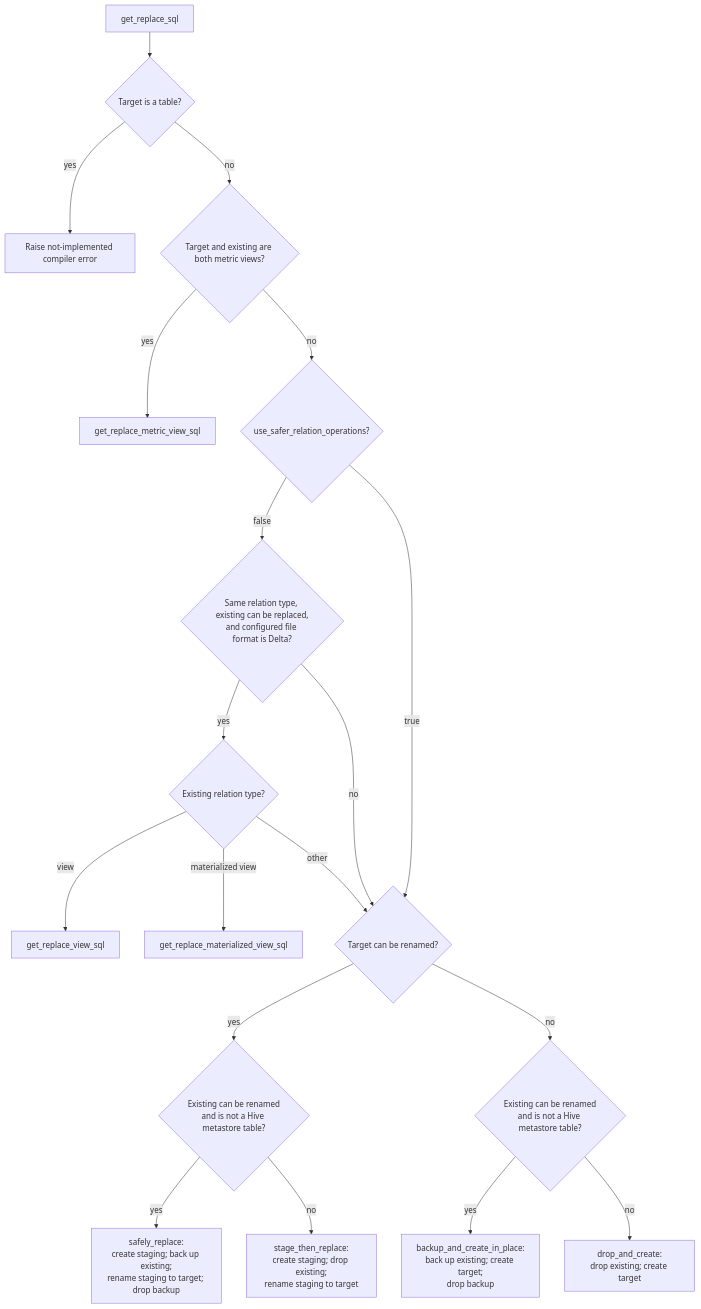
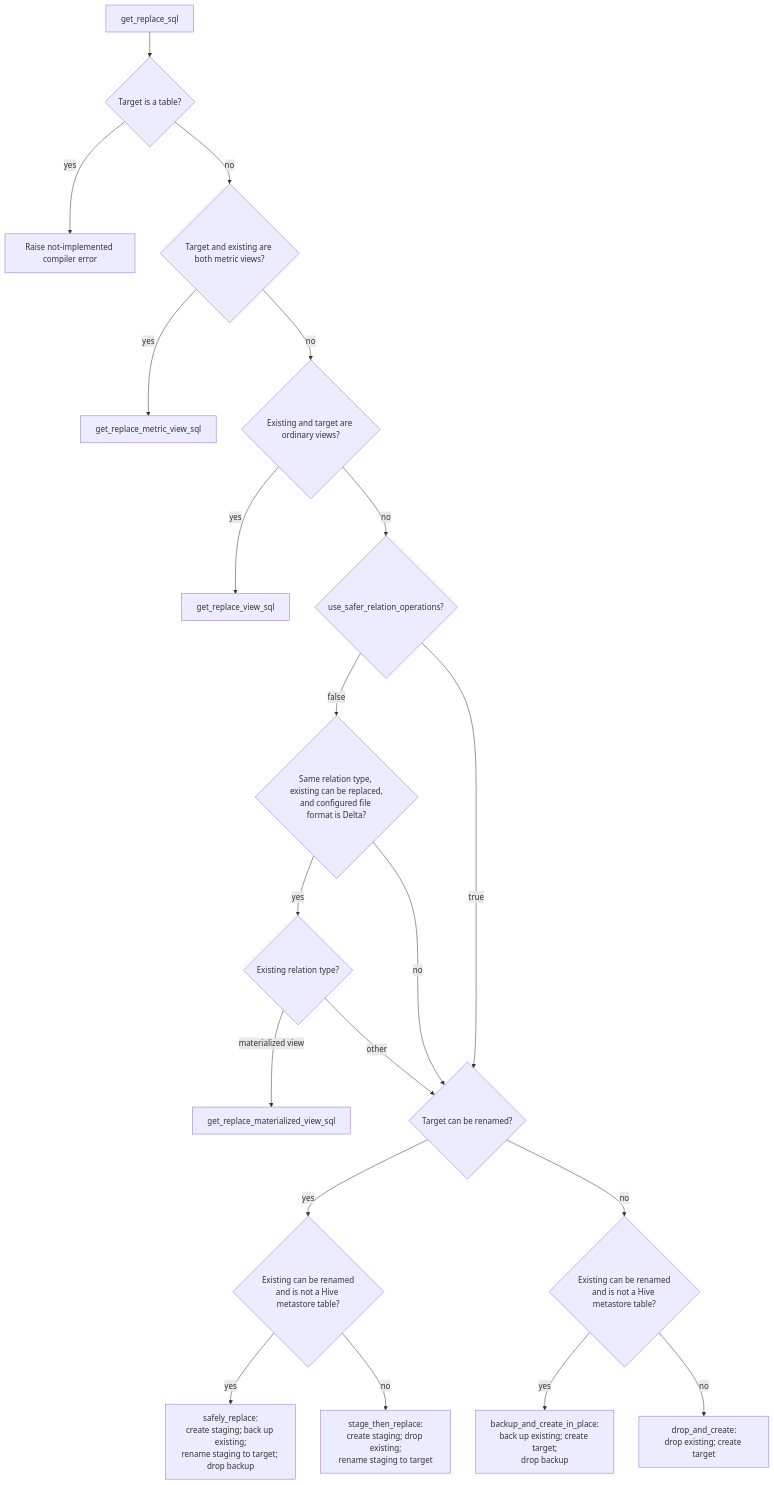
Before and after one commit to databricks/dbt-databricks: the diagram in docs/flow/replace_flow.md, drawn with Mermaid. The commit also changed other lines of this file and 5 other files, not shown here.

First line of the commit message:
fix: use CREATE OR REPLACE for view-to-view replaces in safer mode (#1733)

````diff
--- a/docs/flow/replace_flow.md
+++ b/docs/flow/replace_flow.md
@@ -16,23 +16,24 @@
 ```mermaid
 flowchart TD
     START[get_replace_sql] --> TABLE{Target is a table?}
     TABLE -- yes --> ERROR[Raise not-implemented compiler error]
     TABLE -- no --> METRIC{Target and existing are both metric views?}
     METRIC -- yes --> METRICSQL[get_replace_metric_view_sql]
-    METRIC -- no --> SAFE{use_safer_relation_operations?}
+    METRIC -- no --> VIEW{"Existing and target are ordinary views?"}
+    VIEW -- yes --> VIEWSQL[get_replace_view_sql]
+    VIEW -- no --> SAFE{use_safer_relation_operations?}
 
     SAFE -- false --> DIRECT{"Same relation type, existing can be replaced,\nand configured file format is Delta?"}
     DIRECT -- yes --> TYPE{Existing relation type?}
-    TYPE -- view --> VIEWSQL[get_replace_view_sql]
     TYPE -- "materialized view" --> MVSQL[get_replace_materialized_view_sql]
     DIRECT -- no --> TARGETRENAME{Target can be renamed?}
     TYPE -- other --> TARGETRENAME
     SAFE -- true --> TARGETRENAME
 
     TARGETRENAME -- yes --> EXISTRENAME1{"Existing can be renamed\nand is not a Hive metastore table?"}
     TARGETRENAME -- no --> EXISTRENAME2{"Existing can be renamed\nand is not a Hive metastore table?"}
     EXISTRENAME1 -- yes --> SAFELY["safely_replace:<br/>create staging; back up existing;<br/>rename staging to target; drop backup"]
     EXISTRENAME1 -- no --> STAGE["stage_then_replace:<br/>create staging; drop existing;<br/>rename staging to target"]
     EXISTRENAME2 -- yes --> BACKUP["backup_and_create_in_place:<br/>back up existing; create target;<br/>drop backup"]
     EXISTRENAME2 -- no --> DROP["drop_and_create:<br/>drop existing; create target"]
 ```
````
